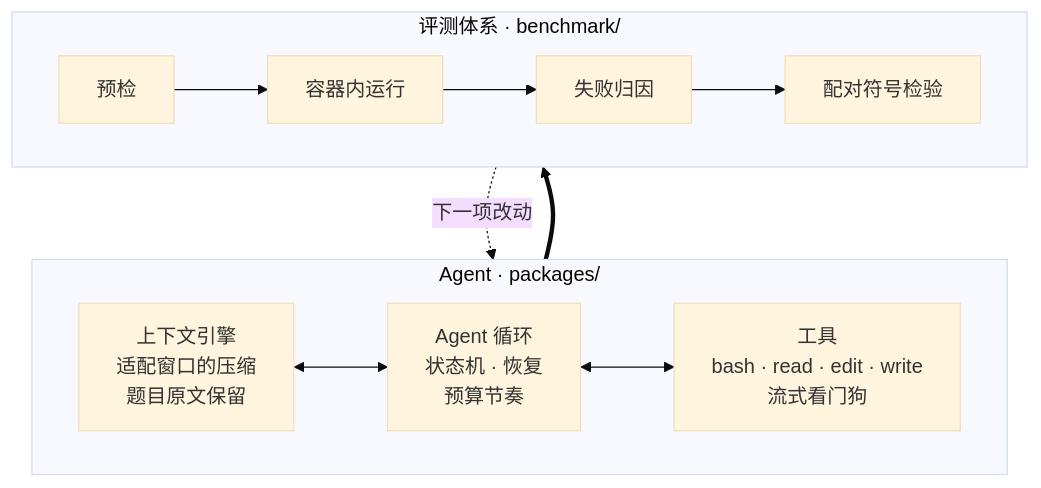
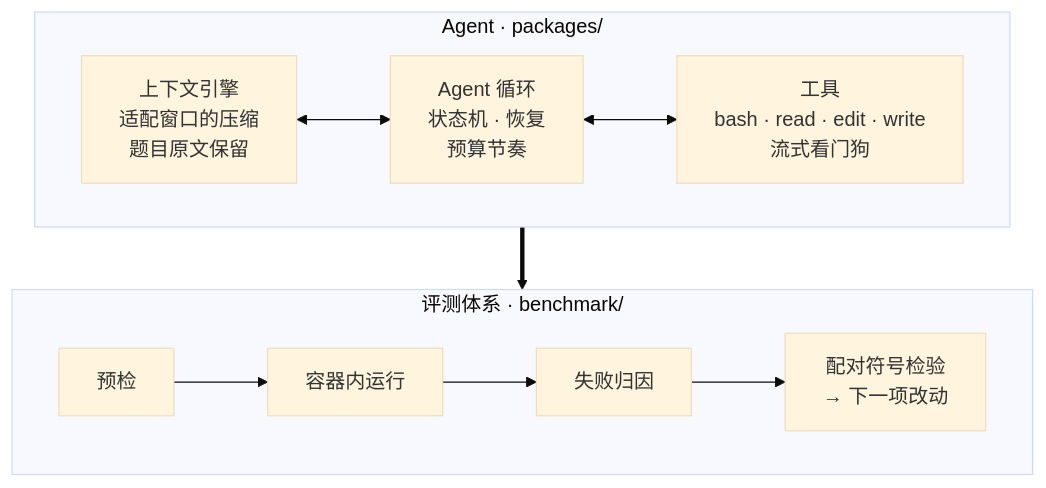
The diagram in README.zh-CN.md (alanhuangyoo/crux), drawn with Mermaid (base theme) before and after one commit. The commit also changed 1 other file, not shown here.

Commit message:
docs: keep the agent lane above the evaluation lane

````diff
--- a/README.zh-CN.md
+++ b/README.zh-CN.md
@@ -73,13 +73,12 @@
 ```mermaid
 flowchart TB
     subgraph agent["Agent · packages/"]
         direction LR
         ctx["上下文引擎<br/>适配窗口的压缩<br/>题目原文保留"] <--> loop["Agent 循环<br/>状态机 · 恢复<br/>预算节奏"] <--> tools["工具<br/>bash · read · edit · write<br/>流式看门狗"]
     end
     subgraph evals["评测体系 · benchmark/"]
         direction LR
-        pre["预检"] --> run["容器内运行"] --> attr["失败归因"] --> stats["配对符号检验"]
+        pre["预检"] --> run["容器内运行"] --> attr["失败归因"] --> stats["配对符号检验<br/>→ 下一项改动"]
     end
     agent ==> evals
-    evals -. "下一项改动" .-> agent
 ```
````
